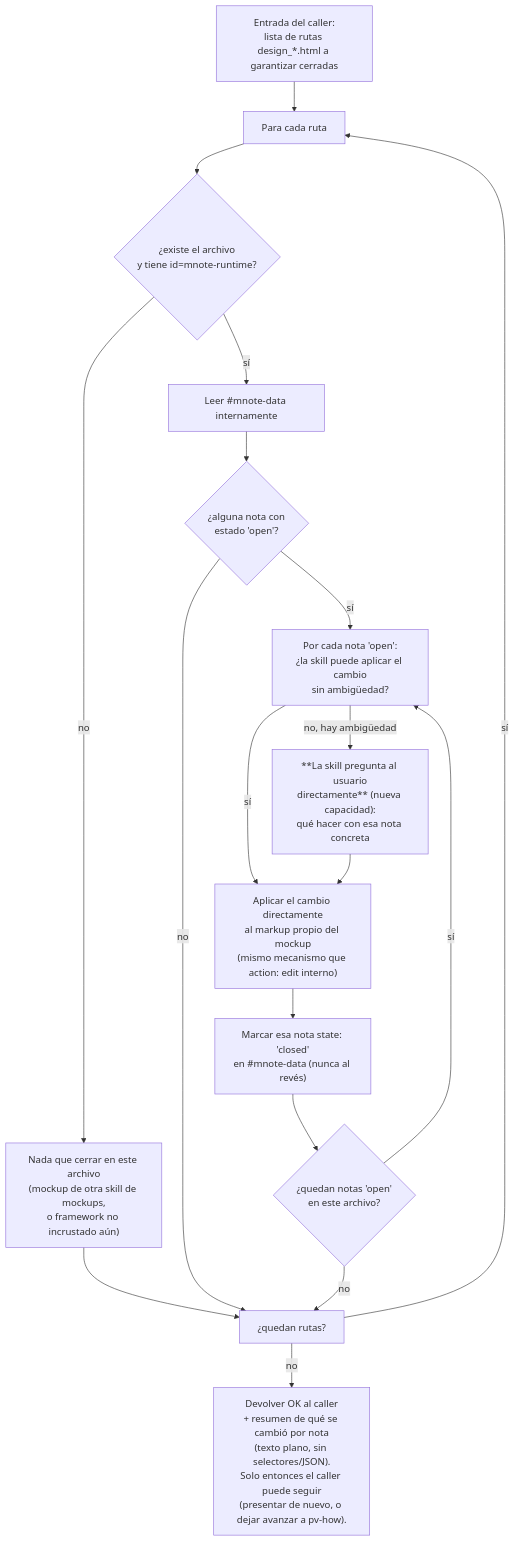
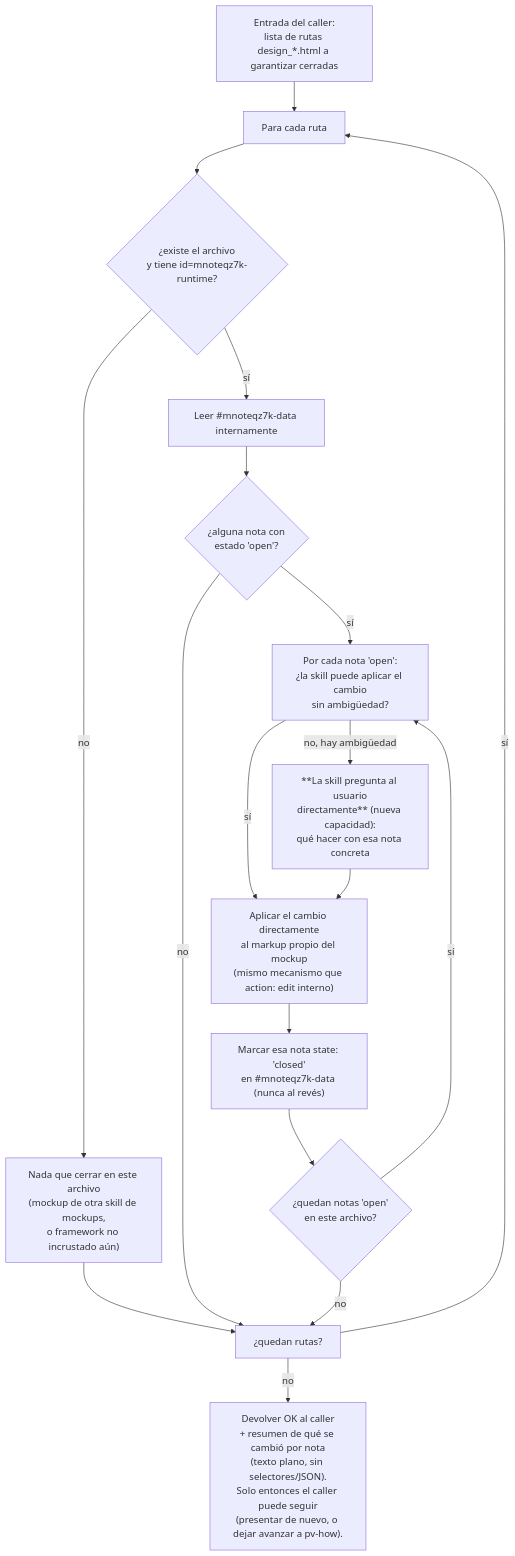
One commit to yeyopepe/previo-sdd changed the second of 4 diagrams in .claude/plans/interactive-mockups/PLAN.md. Above: the diagram before and after it, drawn with Mermaid. The commit also changed other lines of this file and 10 other files, not shown here.

````diff
--- a/.claude/plans/interactive-mockups/PLAN.md
+++ b/.claude/plans/interactive-mockups/PLAN.md
@@ -164,21 +164,21 @@
 ```mermaid
 flowchart TD
     IN2["Entrada del caller:\nlista de rutas design_*.html a garantizar cerradas"] --> LOOP2
 
-    LOOP2["Para cada ruta"] --> EXISTS{"¿existe el archivo\ny tiene id=mnote-runtime?"}
+    LOOP2["Para cada ruta"] --> EXISTS{"¿existe el archivo\ny tiene id=mnoteqz7k-runtime?"}
     EXISTS -- no --> SKIP["Nada que cerrar en este archivo\n(mockup de otra skill de mockups,\no framework no incrustado aún)"] --> NEXT2
-    EXISTS -- sí --> PARSE["Leer #mnote-data internamente"]
+    EXISTS -- sí --> PARSE["Leer #mnoteqz7k-data internamente"]
     PARSE --> HASOPEN{"¿alguna nota con\nestado 'open'?"}
     HASOPEN -- no --> NEXT2
     HASOPEN -- "sí" --> RESOLVE["Por cada nota 'open':\n¿la skill puede aplicar el cambio\nsin ambigüedad?"]
     RESOLVE -- "sí" --> APPLY2["Aplicar el cambio directamente\nal markup propio del mockup\n(mismo mecanismo que action: edit interno)"]
-    APPLY2 --> CLOSE["Marcar esa nota state: 'closed'\nen #mnote-data (nunca al revés)"]
+    APPLY2 --> CLOSE["Marcar esa nota state: 'closed'\nen #mnoteqz7k-data (nunca al revés)"]
     CLOSE --> MORE{"¿quedan notas 'open'\nen este archivo?"}
     MORE -- "sí" --> RESOLVE
     RESOLVE -- "no, hay ambigüedad" --> ASKUSER["**La skill pregunta al usuario\ndirectamente** (nueva capacidad):\nqué hacer con esa nota concreta"]
     ASKUSER --> APPLY2
     MORE -- no --> NEXT2
 
     NEXT2["¿quedan rutas?"] -- "sí" --> LOOP2
     NEXT2 -- no --> RET2["Devolver OK al caller\n+ resumen de qué se cambió por nota\n(texto plano, sin selectores/JSON).\nSolo entonces el caller puede seguir\n(presentar de nuevo, o dejar avanzar a pv-how)."]
 ```
````
